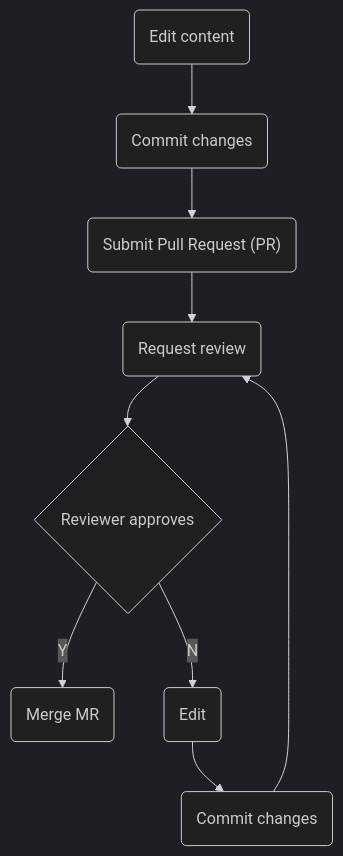
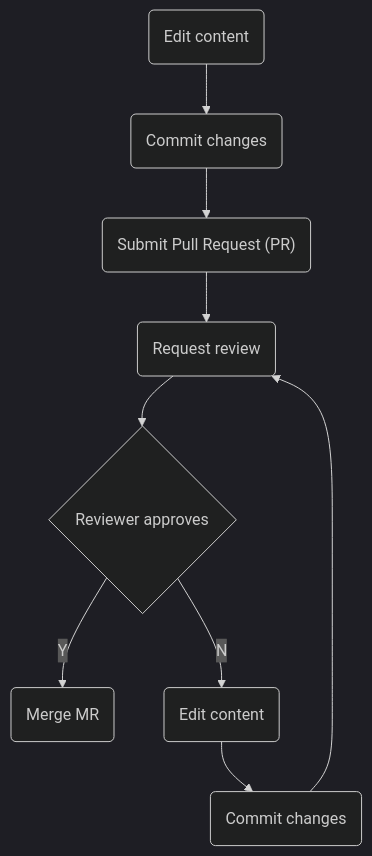
The diagram in README.md (seanmcilroy29/devex-and-commsuccess), drawn with Mermaid (dark theme) before and after one commit. The commit also changed other lines of this file, not shown here.

````diff
--- a/README.md
+++ b/README.md
@@ -93,11 +93,11 @@
 ```mermaid
 graph TD
     A(Edit content) --> B_(Commit changes)
     B_ --> B("Submit Pull Request (PR)")
     B --> C(Request review)
     C --> D{Reviewer approves}
     D -->|Y| E(Merge MR)
-    D -->|N| F(Edit)
+    D -->|N| F(Edit content)
     F --> G(Commit changes)
     G --> C
 ```
````
